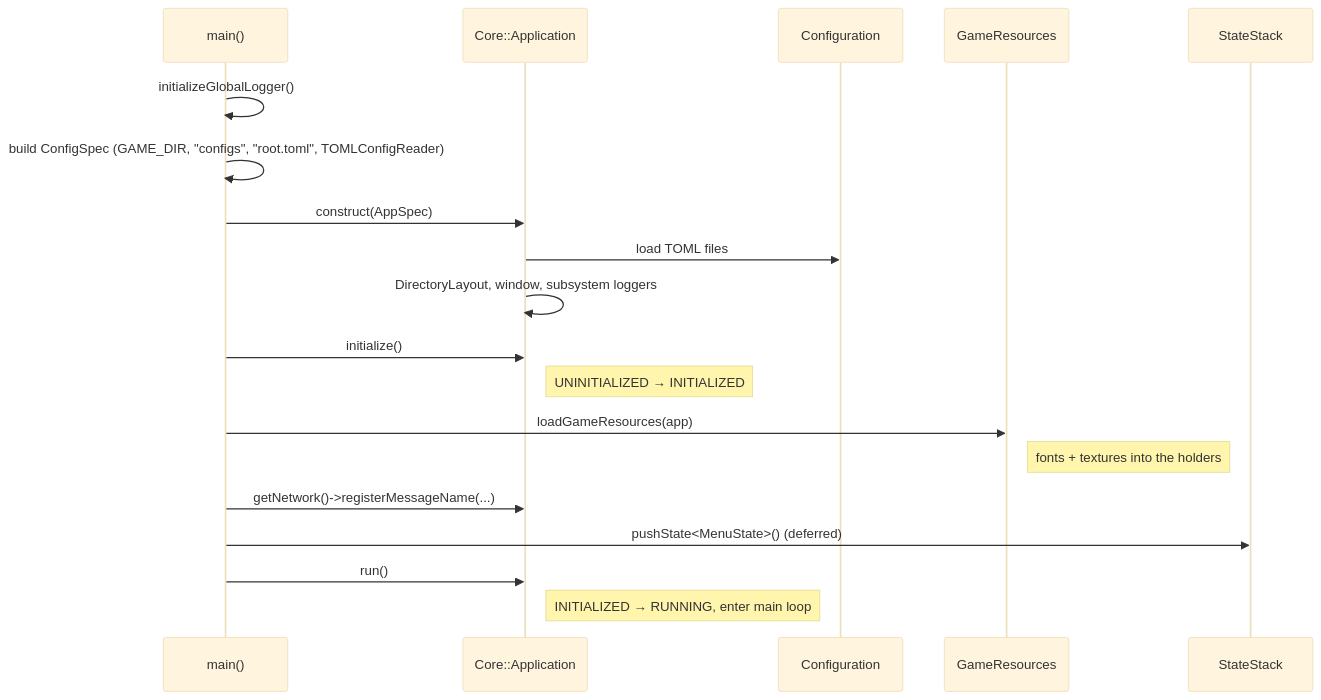
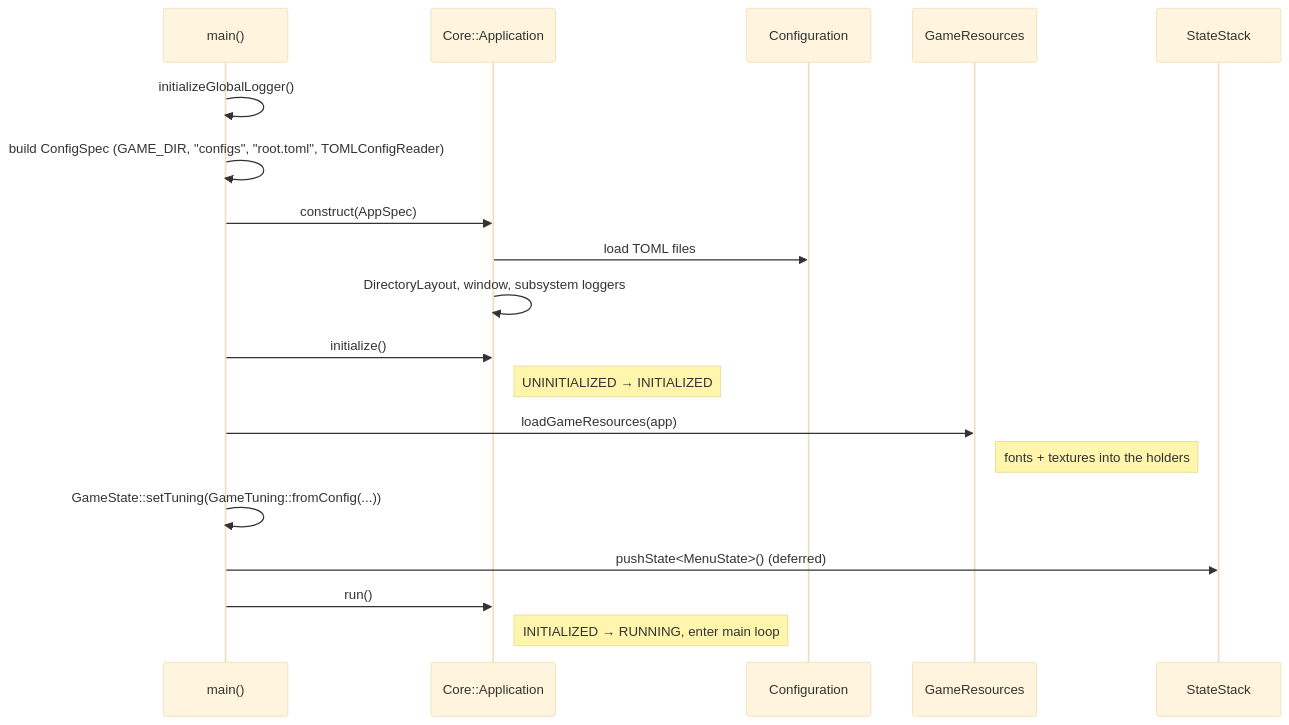
One commit to H-Matthews/Project-HCH changed the seventh of 8 diagrams in ARCHITECTURE.md. Above: the diagram before and after it, drawn with Mermaid (base theme). The commit also changed other lines of this file and 40 other files, not shown here.

Commit message:
Ported over Project-HCH to new event system. Removed MessageNetwork, was the wrong design for a game.

````diff
--- a/ARCHITECTURE.md
+++ b/ARCHITECTURE.md
@@ -265,22 +262,22 @@
 ```mermaid
 sequenceDiagram
     participant M as main()
     participant A as Core::Application
     participant C as Configuration
     participant R as GameResources
     participant S as StateStack
 
     M->>M: initializeGlobalLogger()
     M->>M: build ConfigSpec (GAME_DIR, "configs", "root.toml", TOMLConfigReader)
     M->>A: construct(AppSpec)
     A->>C: load TOML files
     A->>A: DirectoryLayout, window, subsystem loggers
     M->>A: initialize()
     Note right of A: UNINITIALIZED → INITIALIZED
     M->>R: loadGameResources(app)
     Note right of R: fonts + textures into the holders
-    M->>A: getNetwork()->registerMessageName(...)
+    M->>M: GameState::setTuning(GameTuning::fromConfig(...))
     M->>S: pushState<MenuState>() (deferred)
     M->>A: run()
     Note right of A: INITIALIZED → RUNNING, enter main loop
 ```
````
